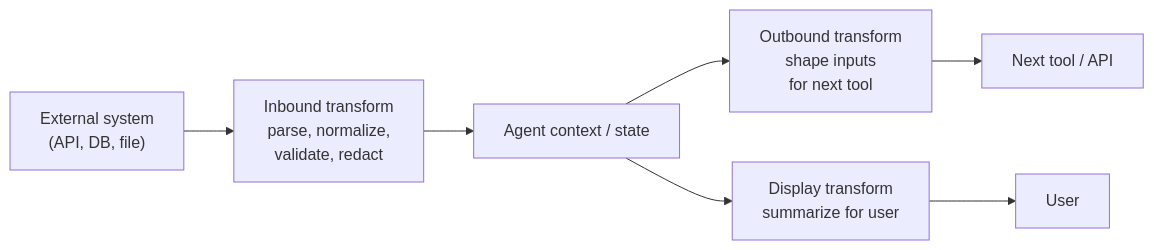
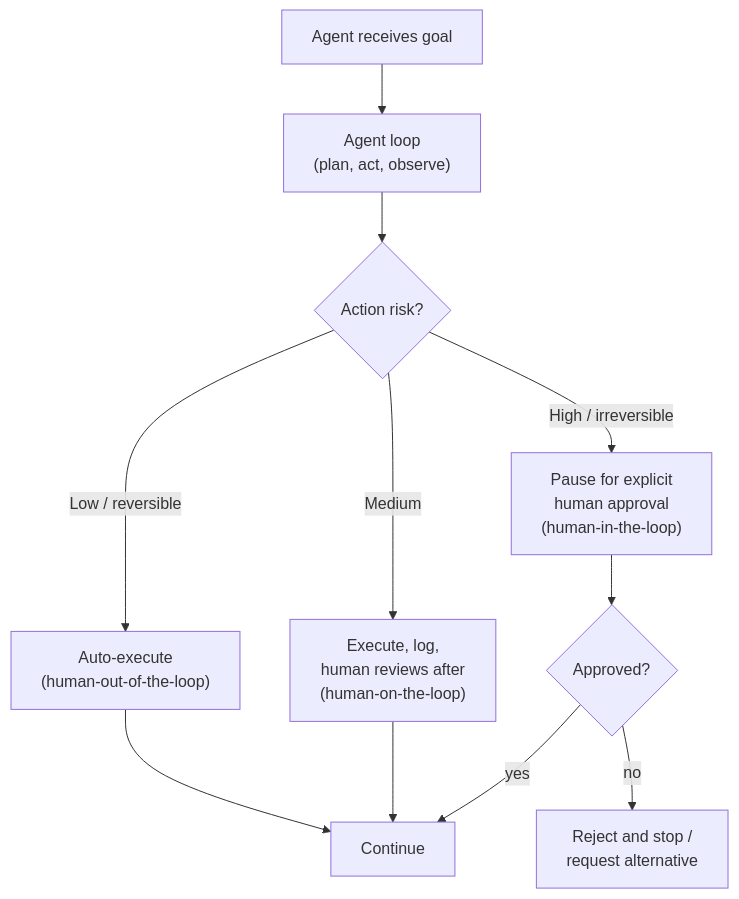
Before and after one commit to KHALEDNOAMAN/Hacker: the diagram in certifications/cisco/AITECH/Lesson-6-Agentic-AI/Lesson-6-6-resources.md, drawn with Mermaid. The commit also changed other lines of this file and 6 other files, not shown here.

````diff
--- a/certifications/cisco/AITECH/Lesson-6-Agentic-AI/Lesson-6-6-resources.md
+++ b/certifications/cisco/AITECH/Lesson-6-Agentic-AI/Lesson-6-6-resources.md
@@ -37,9 +23,13 @@
 ```mermaid
-flowchart LR
-    Ext["External system<br/>(API, DB, file)"] --> Inb["Inbound transform<br/>parse, normalize,<br/>validate, redact"]
-    Inb --> Ctx["Agent context / state"]
-    Ctx --> Out["Outbound transform<br/>shape inputs<br/>for next tool"]
-    Out --> Tool["Next tool / API"]
-    Ctx --> Disp["Display transform<br/>summarize for user"]
-    Disp --> User["User"]
+flowchart TD
+    Goal["Agent receives goal"] --> Loop["Agent loop<br/>(plan, act, observe)"]
+    Loop --> Risk{"Action risk?"}
+    Risk -- "Low / reversible" --> Auto["Auto-execute<br/>(human-out-of-the-loop)"]
+    Risk -- "Medium" --> Monitor["Execute, log,<br/>human reviews after<br/>(human-on-the-loop)"]
+    Risk -- "High / irreversible" --> Approve["Pause for explicit<br/>human approval<br/>(human-in-the-loop)"]
+    Auto --> Done["Continue"]
+    Monitor --> Done
+    Approve --> Decision{"Approved?"}
+    Decision -- "yes" --> Done
+    Decision -- "no" --> Halt["Reject and stop /<br/>request alternative"]
 ```
````
